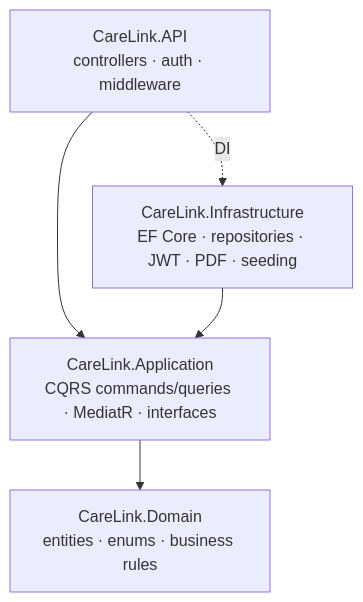
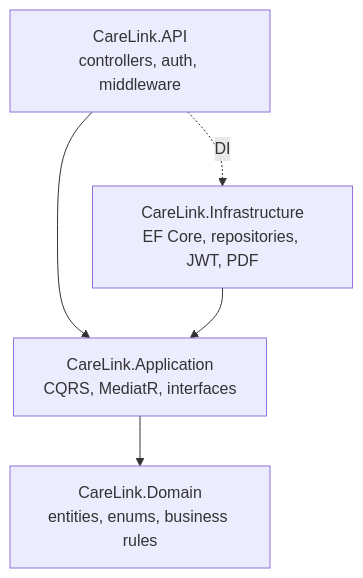
Before and after one commit to Iswariyabalasubramani24/carelink-clinician-portal: the second of 4 diagrams in README.md, drawn with Mermaid. The commit also changed other lines of this file, not shown here.

First line of the commit message:
docs: fix Mermaid diagrams failing to render on GitHub

````diff
--- a/README.md
+++ b/README.md
@@ -100,8 +100,8 @@
 ```mermaid
 flowchart TD
-    API[CareLink.API<br/>controllers · auth · middleware] --> APP
-    INFRA[CareLink.Infrastructure<br/>EF Core · repositories · JWT · PDF · seeding] --> APP
-    APP[CareLink.Application<br/>CQRS commands/queries · MediatR · interfaces] --> DOM
-    DOM[CareLink.Domain<br/>entities · enums · business rules]
+    API["CareLink.API<br/>controllers, auth, middleware"] --> APP
+    INFRA["CareLink.Infrastructure<br/>EF Core, repositories, JWT, PDF"] --> APP
+    APP["CareLink.Application<br/>CQRS, MediatR, interfaces"] --> DOM
+    DOM["CareLink.Domain<br/>entities, enums, business rules"]
     API -.->|DI| INFRA
 ```
````
